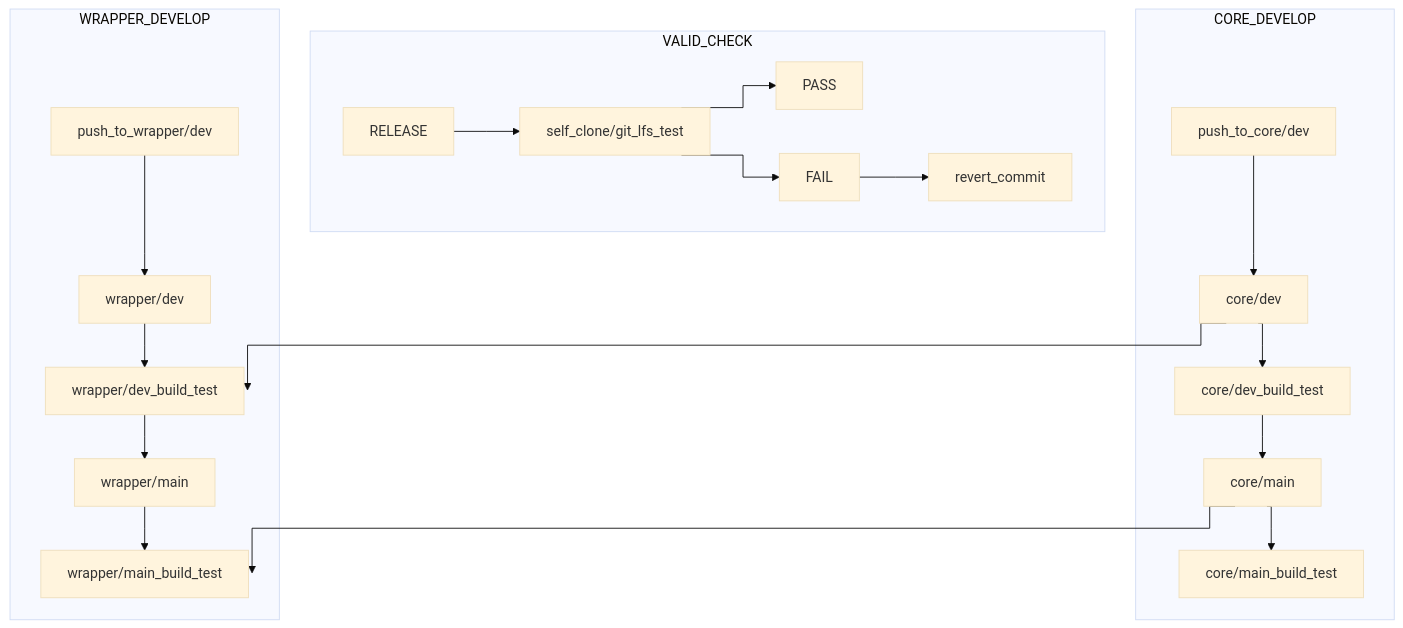
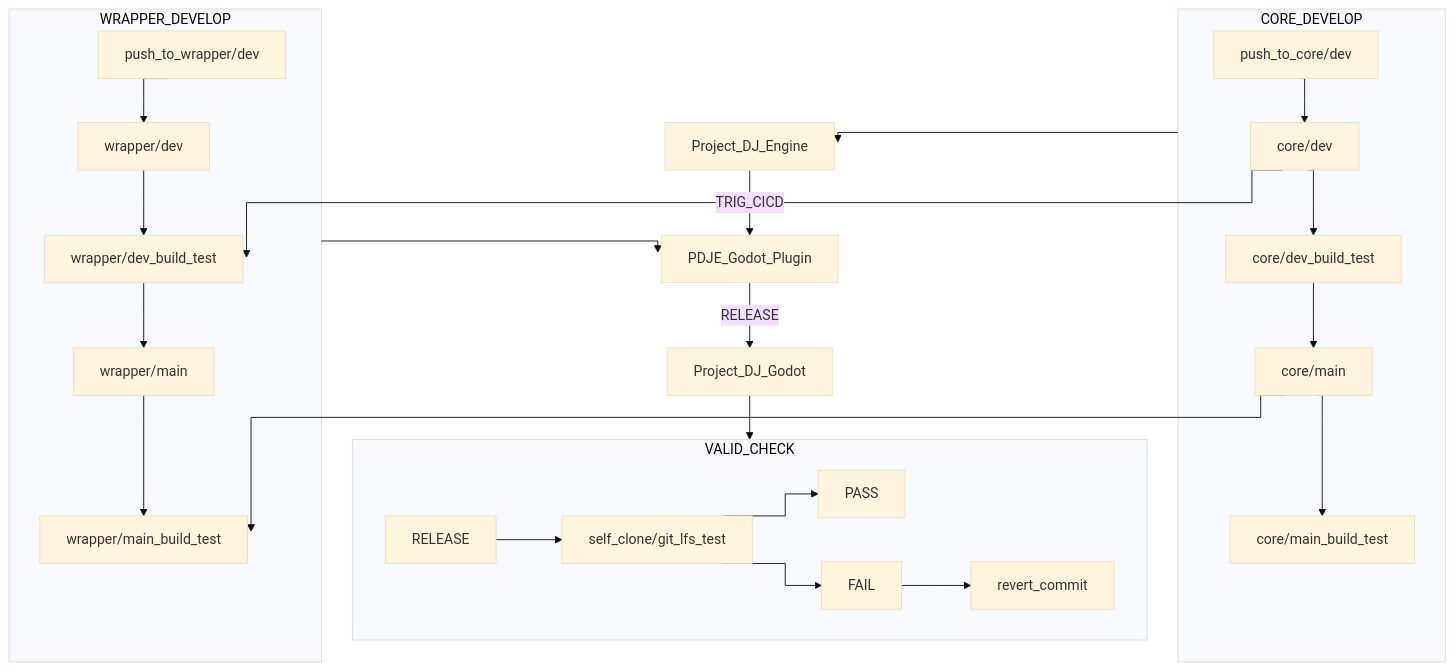
Before and after one commit to Rliop913/Project-DJ-Engine: the second of 2 diagrams in document_sources/index.rst, drawn with Mermaid (base theme). The commit also changed other lines of this file and 6 other files, not shown here.

Commit message:
fix mermaid table

```diff
--- a/document_sources/index.rst
+++ b/document_sources/index.rst
@@ -167,26 +167,32 @@
 .. mermaid::
 
   %%{init: {'flowchart': {'curve': 'stepAfter'}}}%%
 
   flowchart TD
   subgraph CORE_DEVELOP
     push_to_core/dev --> core/dev
     core/dev --> core/dev_build_test
     core/dev_build_test --> core/main
     core/main --> core/main_build_test
   end
 
   subgraph VALID_CHECK
     RELEASE --> self_clone/git_lfs_test
     self_clone/git_lfs_test --> PASS
     self_clone/git_lfs_test --> FAIL
     FAIL --> revert_commit
   end
   subgraph WRAPPER_DEVELOP
     push_to_wrapper/dev --> wrapper/dev
     wrapper/dev --> wrapper/dev_build_test
     core/dev --> wrapper/dev_build_test
     wrapper/dev_build_test --> wrapper/main
     wrapper/main --> wrapper/main_build_test
     core/main --> wrapper/main_build_test
   end
+
+  CORE_DEVELOP --> Project_DJ_Engine
+  WRAPPER_DEVELOP --> PDJE_Godot_Plugin
+  Project_DJ_Engine -->|TRIG_CICD| PDJE_Godot_Plugin
+  PDJE_Godot_Plugin -->|RELEASE| Project_DJ_Godot
+  Project_DJ_Godot --> VALID_CHECK
```
